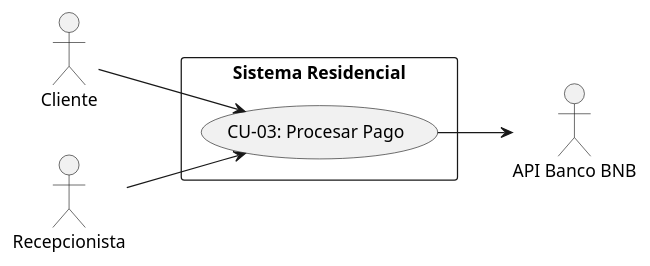
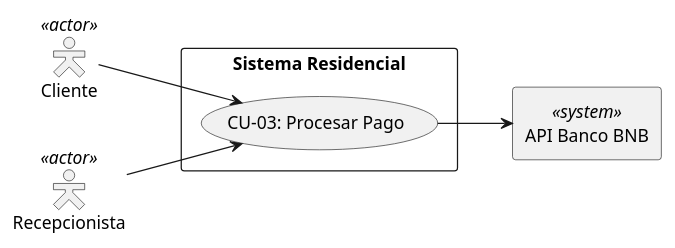
One commit to Tsmrain/GestionSistemas changed diagram 11 of 36 in RefactorV4.md. Above: the diagram before and after it, drawn with PlantUML. The commit also changed other lines of this file and 1 other file, not shown here.

Commit message:
refactor: enhance UML diagrams with GRASP stereotypes, layer annotations, and updated sequence interactions.

````diff
--- a/RefactorV4.md
+++ b/RefactorV4.md
@@ -623,14 +681,15 @@
 ```plantuml
 @startuml
 left to right direction
-actor "Cliente" as Cliente
-actor "Recepcionista" as Recepcionista
-actor "API Banco BNB" as BNB
+skinparam actorStyle hollow
+actor "Cliente" as Cliente <<actor>>
+actor "Recepcionista" as Recepcionista <<actor>>
+rectangle "API Banco BNB" as BNB <<system>>
 rectangle "Sistema Residencial" {
   usecase "CU-03: Procesar Pago" as CU03
 }
 Cliente --> CU03
 Recepcionista --> CU03
 CU03 --> BNB
 @enduml
 ```
````
